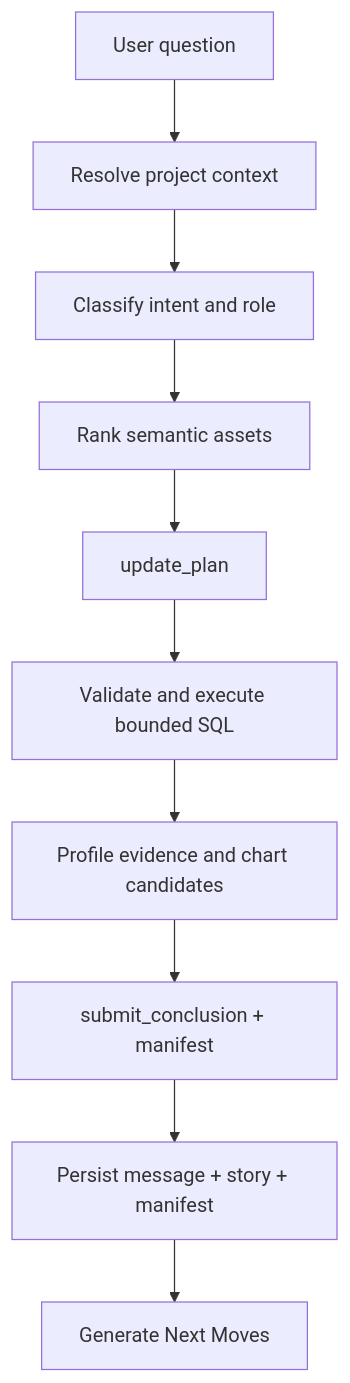
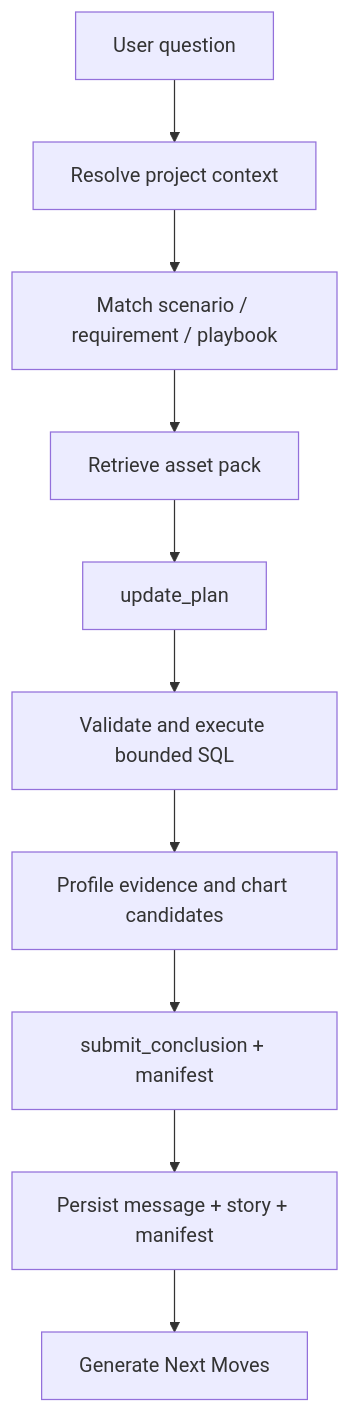
The third of 3 diagrams in docs/builder-app-oai/v0.2-business-analysis/design.md (zhouhang-chn/databricks-ai-dev-kit), drawn with Mermaid before and after one commit. The commit also changed other lines of this file and 11 other files, not shown here.

````diff
--- a/docs/builder-app-oai/v0.2-business-analysis/design.md
+++ b/docs/builder-app-oai/v0.2-business-analysis/design.md
@@ -97,12 +392,12 @@
 ```mermaid
 flowchart TD
   Q["User question"] --> Context["Resolve project context"]
-  Context --> Intent["Classify intent and role"]
-  Intent --> Semantic["Rank semantic assets"]
+  Context --> Match["Match scenario / requirement / playbook"]
+  Match --> Semantic["Retrieve asset pack"]
   Semantic --> Plan["update_plan"]
   Plan --> SQL["Validate and execute bounded SQL"]
   SQL --> Evidence["Profile evidence and chart candidates"]
   Evidence --> Synthesis["submit_conclusion + manifest"]
   Synthesis --> Persist["Persist message + story + manifest"]
   Persist --> Moves["Generate Next Moves"]
 ```
````
